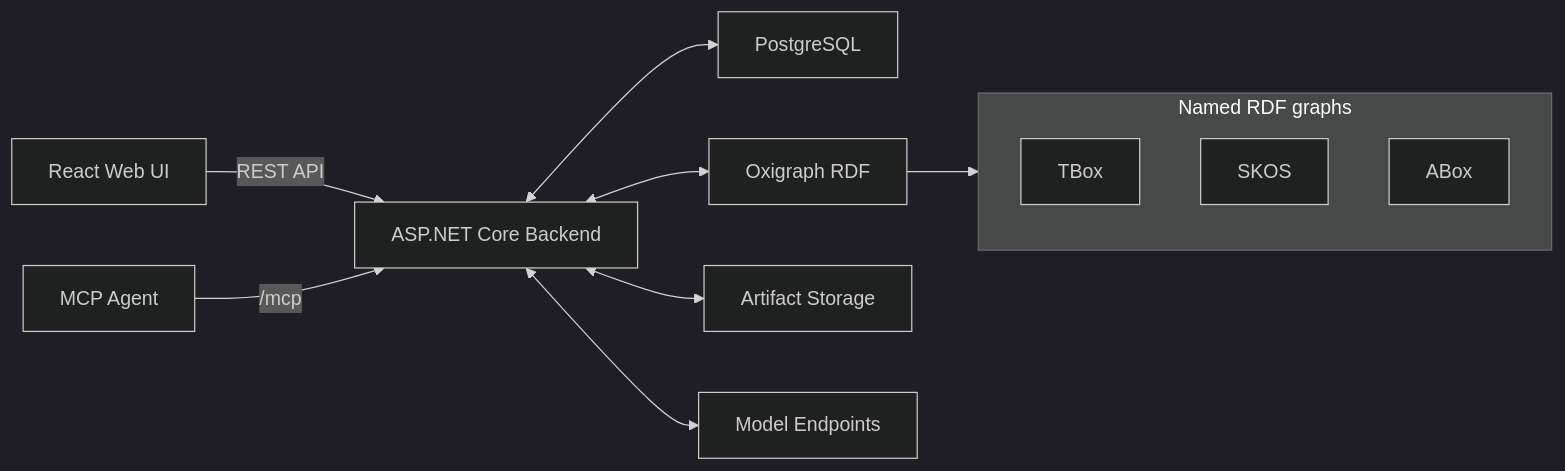
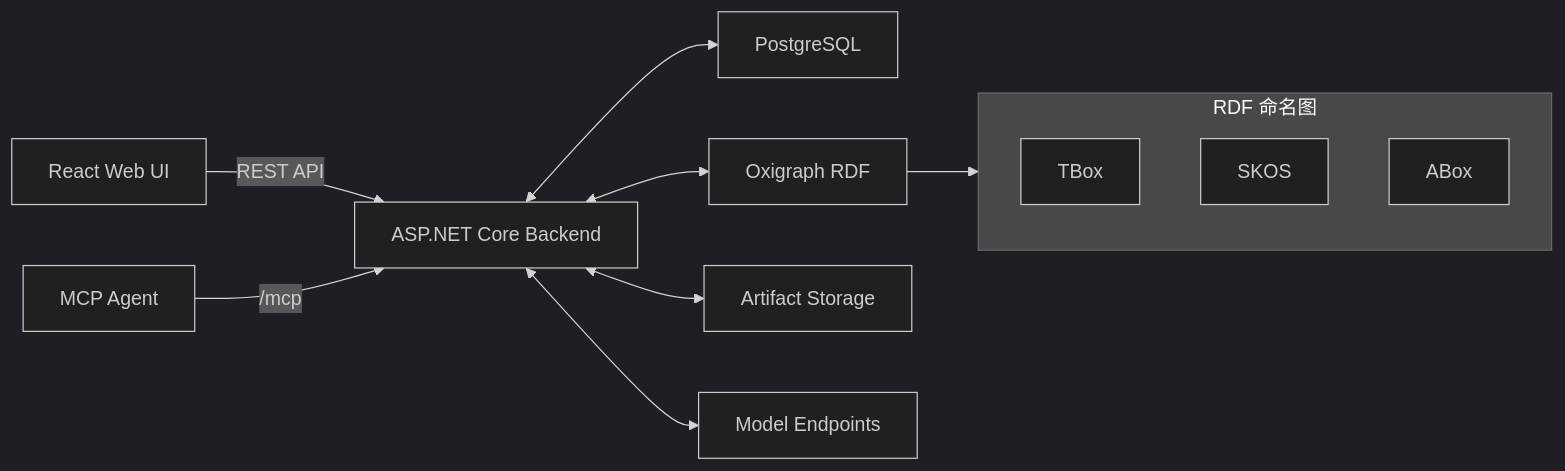
The second of 2 diagrams in README.md (mlnethub/isestudio), drawn with Mermaid (dark theme) before and after one commit. The commit also changed other lines of this file and 3 other files, not shown here.

````diff
--- a/README.md
+++ b/README.md
@@ -104,17 +90,17 @@
 ```mermaid
 flowchart LR
     WEB["React Web UI"] -->|"REST API"| API["ASP.NET Core Backend"]
     MCP["MCP Agent"] -->|"/mcp"| API
     API <--> PG["PostgreSQL"]
     API <--> RDF["Oxigraph RDF"]
     API <--> ART["Artifact Storage"]
     API <--> MODEL["Model Endpoints"]
 
-    subgraph LAYERS["Named RDF graphs"]
+    subgraph LAYERS["RDF 命名图"]
       TBOX["TBox"]
       SKOS["SKOS"]
       ABOX["ABox"]
     end
 
     RDF --> LAYERS
 ```
````
